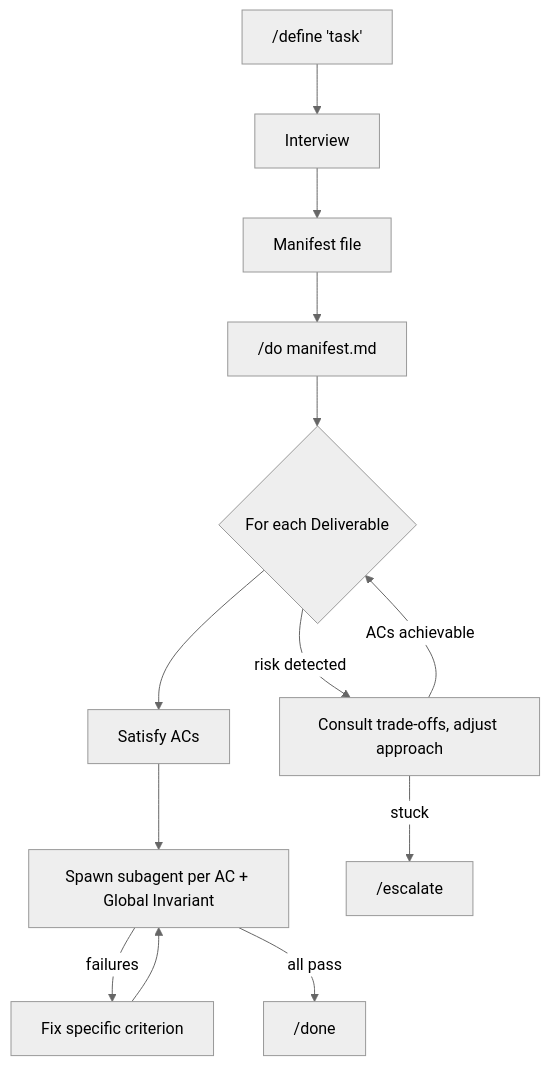
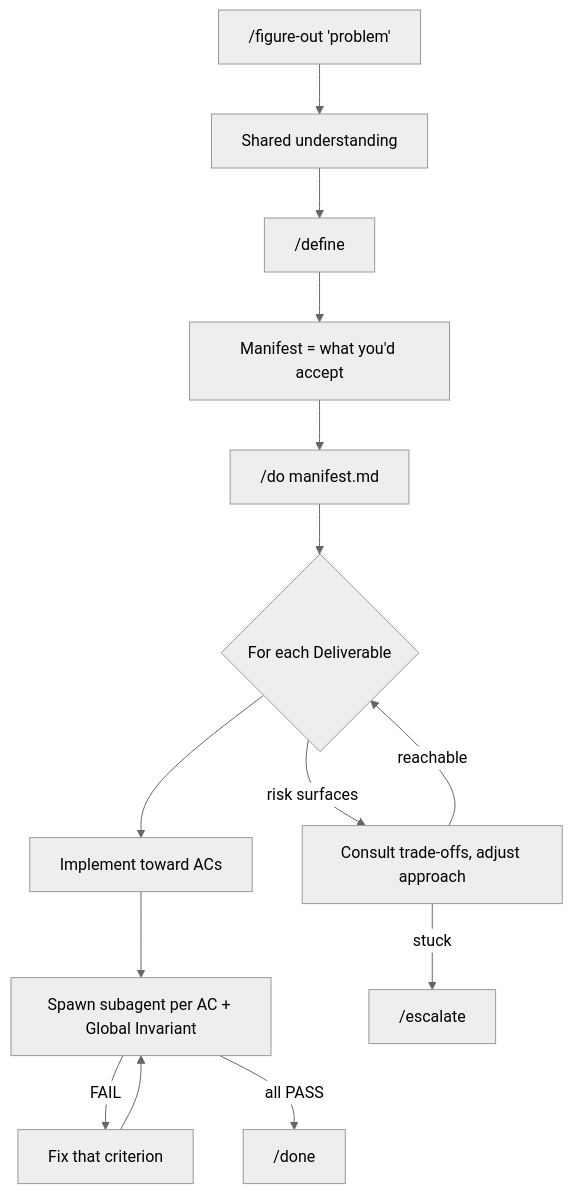
One commit to doodledood/manifest-dev changed the diagram in README.md. Above: the diagram before and after it, drawn with Mermaid (neutral theme). The commit also changed other lines of this file and 3 other files, not shown here.

First line of the commit message:
docs: refresh READMEs around the figure-out → define → do spine

````diff
--- a/README.md
+++ b/README.md
@@ -77,15 +94,16 @@
 ```mermaid
 flowchart TD
-    A["/define 'task'"] --> B["Interview"]
-    B --> C["Manifest file"]
-    C --> D["/do manifest.md"]
-    D --> E{"For each Deliverable"}
-    E --> F["Satisfy ACs"]
-    F --> G["Spawn subagent per AC + Global Invariant"]
-    G -->|failures| H["Fix specific criterion"]
-    H --> G
-    G -->|all pass| I["/done"]
-    E -->|risk detected| J["Consult trade-offs, adjust approach"]
-    J -->|ACs achievable| E
-    J -->|stuck| K["/escalate"]
+    A["/figure-out 'problem'"] --> B["Shared understanding"]
+    B --> C["/define"]
+    C --> D["Manifest = what you'd accept"]
+    D --> E["/do manifest.md"]
+    E --> F{"For each Deliverable"}
+    F --> G["Implement toward ACs"]
+    G --> H["Spawn subagent per AC + Global Invariant"]
+    H -->|FAIL| I["Fix that criterion"]
+    I --> H
+    H -->|all PASS| J["/done"]
+    F -->|risk surfaces| K["Consult trade-offs, adjust approach"]
+    K -->|reachable| F
+    K -->|stuck| L["/escalate"]
 ```
````
